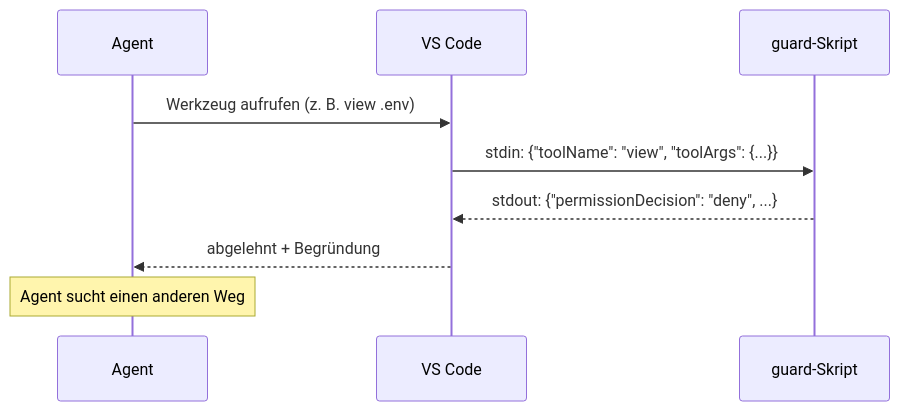
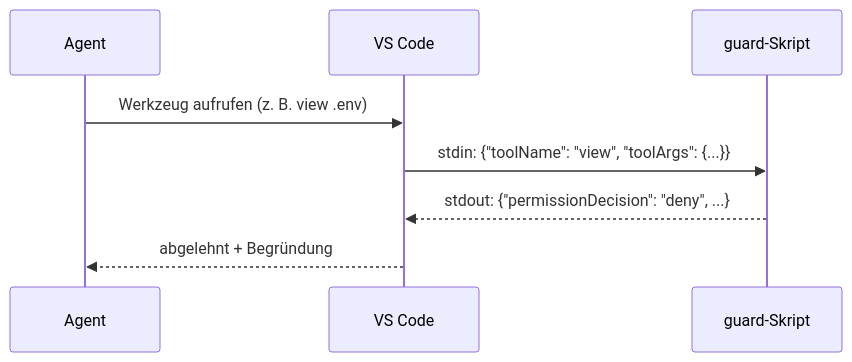
One commit to kodschul/kodschul-agentic-coding-copilot changed the diagram in m07-hooks-mcp/l01-guard-hook.md. Above: the diagram before and after it, drawn with Mermaid. The commit also changed other lines of this file and 73 other files, not shown here.

````diff
--- a/m07-hooks-mcp/l01-guard-hook.md
+++ b/m07-hooks-mcp/l01-guard-hook.md
@@ -70,11 +120,10 @@
 ```mermaid
 sequenceDiagram
     participant A as Agent
     participant V as VS Code
     participant H as guard-Skript
     A->>V: Werkzeug aufrufen (z. B. view .env)
     V->>H: stdin: {"toolName": "view", "toolArgs": {...}}
     H-->>V: stdout: {"permissionDecision": "deny", ...}
     V-->>A: abgelehnt + Begründung
-    Note over A: Agent sucht einen anderen Weg
 ```
````
